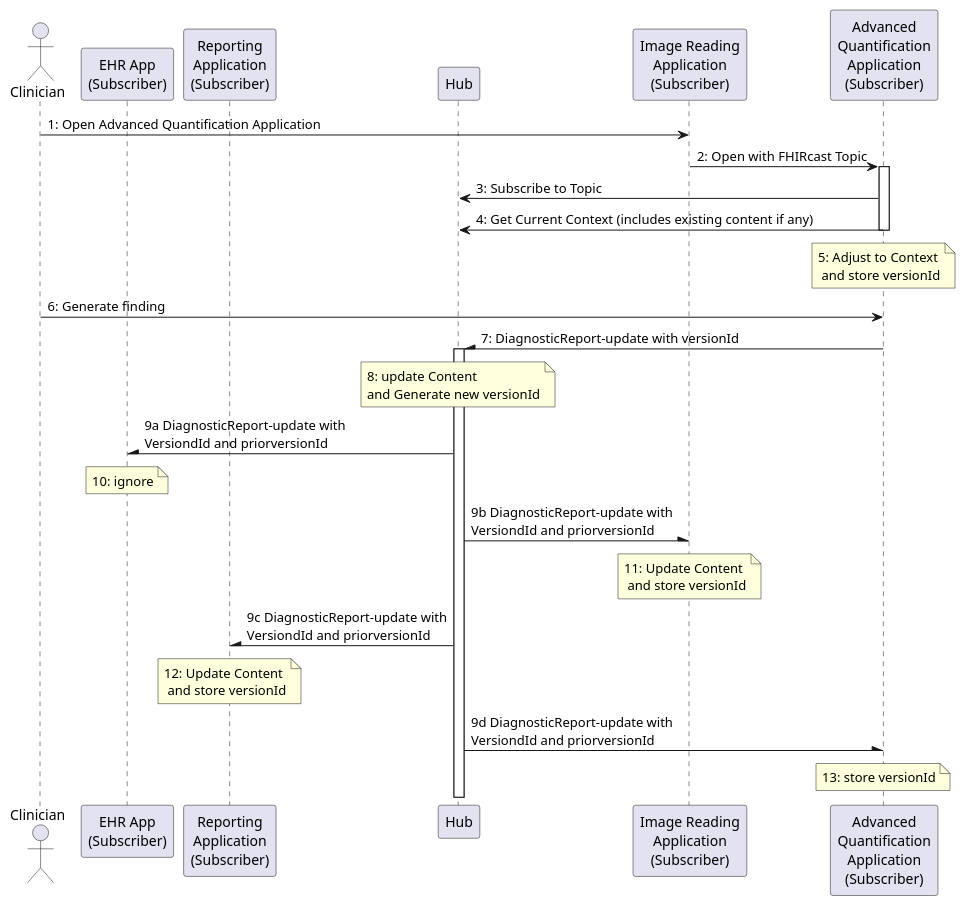
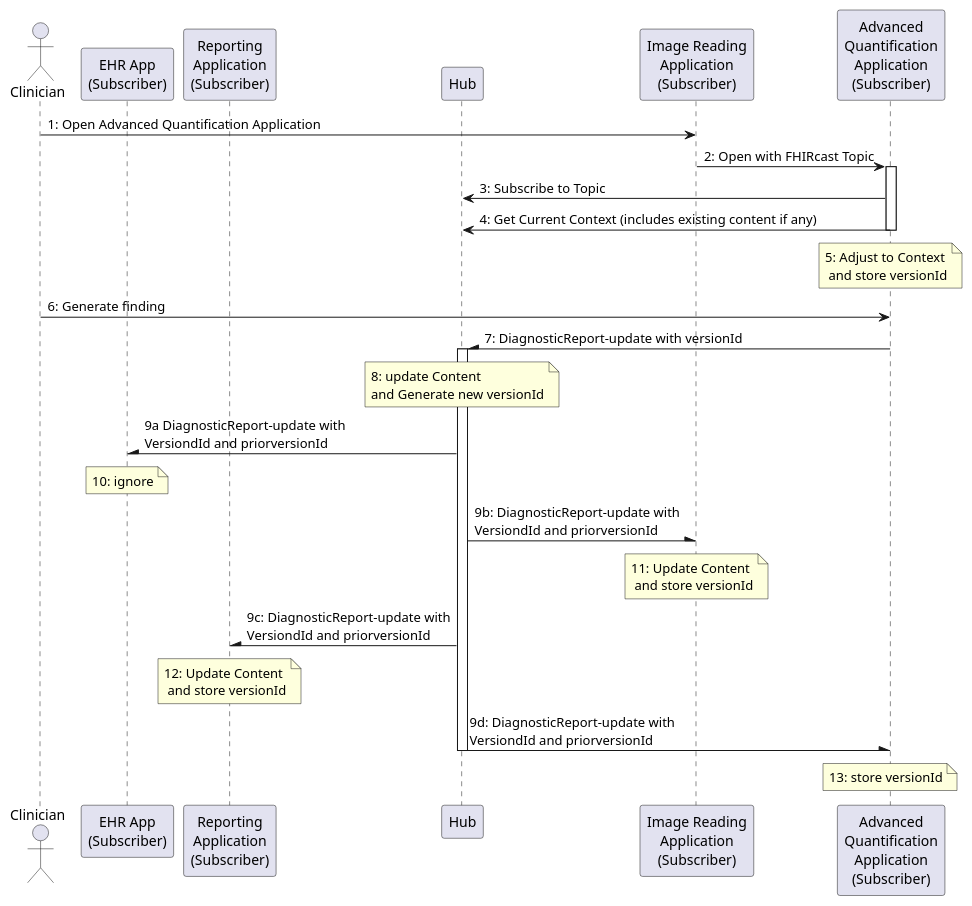
The diagram in input/images-source/ContentExchangeAdvancedQuantification.plantuml (HL7/fhircast-docs), drawn with PlantUML before and after one commit. The commit also changed 1 other file, not shown here.

```diff
--- a/input/images-source/ContentExchangeAdvancedQuantification.plantuml
+++ b/input/images-source/ContentExchangeAdvancedQuantification.plantuml
@@ -1,30 +1,31 @@
 @startuml
     actor Clinician
     participant "EHR App\n(Subscriber)" as EHR
     participant "Reporting\nApplication\n(Subscriber)" as RepApp
     participant Hub
     participant "Image Reading\nApplication\n(Subscriber)" as App1
     participant "Advanced\nQuantification\nApplication\n(Subscriber)" as App2
     
     Clinician -> App1: 1: Open Advanced Quantification Application
     App1 -> App2++: 2: Open with FHIRcast Topic
     App2 -> Hub: 3: Subscribe to Topic
     App2 -> Hub: 4: Get Current Context (includes existing content if any)
     note over App2: 5: Adjust to Context\n and store versionId
     deactivate App2
     
     Clinician -> App2: 6: Generate finding
     App2 -\ Hub++: 7: DiagnosticReport-update with versionId
     note over Hub
         8: update Content
         and Generate new versionId
     end note
     Hub -\ EHR: 9a DiagnosticReport-update with\nVersiondId and priorversionId
     note over EHR: 10: ignore
-    Hub -\ App1: 9b DiagnosticReport-update with\nVersiondId and priorversionId
+    Hub -\ App1: 9b: DiagnosticReport-update with\nVersiondId and priorversionId
     note over App1: 11: Update Content\n and store versionId
-    Hub -\ RepApp: 9c DiagnosticReport-update with\nVersiondId and priorversionId
+    Hub -\ RepApp: 9c: DiagnosticReport-update with\nVersiondId and priorversionId
     note over RepApp: 12: Update Content\n and store versionId
-    Hub -\ App2: 9d DiagnosticReport-update with\nVersiondId and priorversionId
+    Hub -\ App2: 9d: DiagnosticReport-update with\nVersiondId and priorversionId
     note over App2: 13: store versionId
+    deactivate Hub
 @enduml
```
